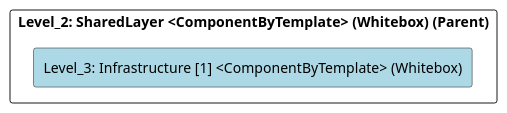
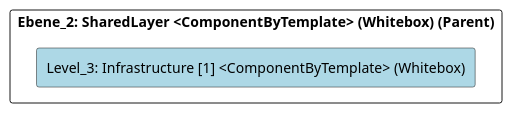
One commit to marcozwyssig/cleon changed the diagram in src/cleon.architecturemethods.arc42.sample/doc/cleon_architecturemethods_arc42_sample_software_microservice/adoc/en/05_building_block_view/microservicesample/sharedlayer/infrastructure_1/level_3_infrastructure_[1].adoc. Above: the diagram before and after it, drawn with PlantUML. The commit also changed other lines of this file and 620 other files, not shown here.

```diff
--- a/src/cleon.architecturemethods.arc42.sample/doc/cleon_architecturemethods_arc42_sample_software_microservice/adoc/en/05_building_block_view/microservicesample/sharedlayer/infrastructure_1/level_3_infrastructure_[1].adoc
+++ b/src/cleon.architecturemethods.arc42.sample/doc/cleon_architecturemethods_arc42_sample_software_microservice/adoc/en/05_building_block_view/microservicesample/sharedlayer/infrastructure_1/level_3_infrastructure_[1].adoc
@@ -20,24 +20,24 @@
 [plantuml, Level_3: Infrastructure [1] <ComponentByTemplate> (Whitebox)BlockOverview, format="svg"]
 ----
 @startuml Level_3: Infrastructure [1] <ComponentByTemplate> (Whitebox)BuildingBlockOverview
 
 skinparam ranksep 10
 skinparam componentStyle rectangle
 skinparam shadowing false
 skinparam arrowColor lightblue
 skinparam arrowThickness 1.2
 skinparam rectangle {
   BackgroundColor White
   BorderColor #333
   RoundCorner 10
 }
 top to bottom direction
 
-component "Level_2: SharedLayer <ComponentByTemplate> (Whitebox) (Parent)" {
+component "Ebene_2: SharedLayer <ComponentByTemplate> (Whitebox) (Parent)" {
     component "Level_3: Infrastructure [1] <ComponentByTemplate> (Whitebox)" #lightblue {
     }
 
 }
 
 @enduml
 ----
```
